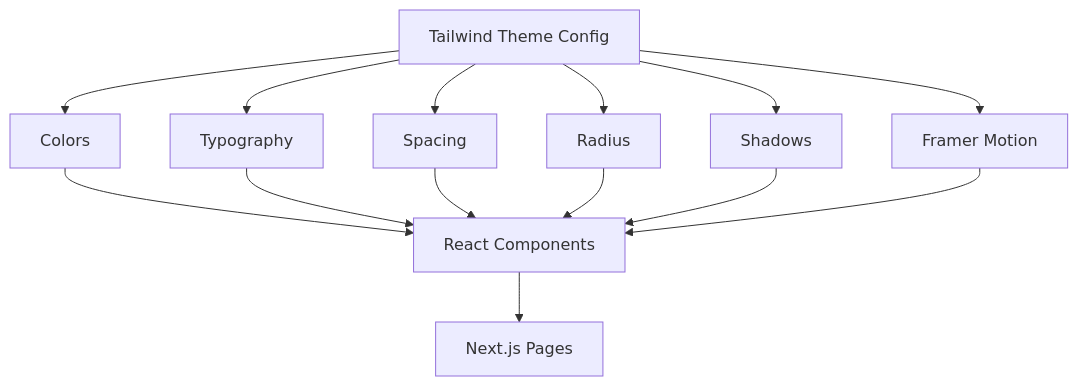
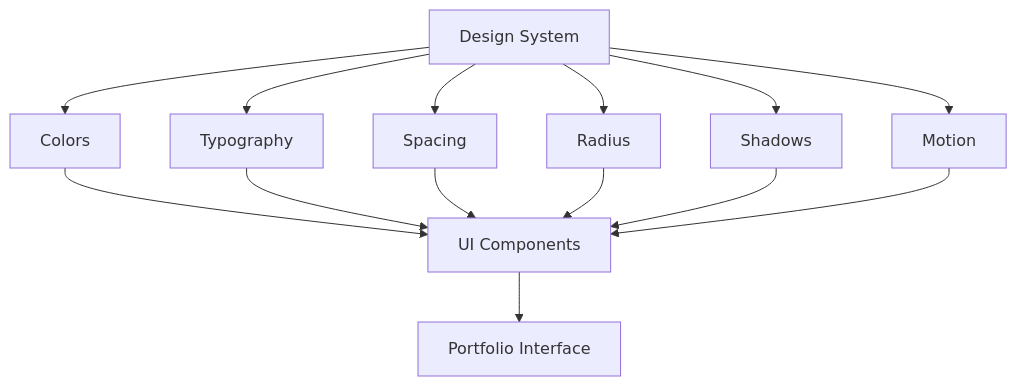
Before and after one commit to RishvinReddy/rishvin-reddy-portfolio: the fifth of 9 diagrams in README.md, drawn with Mermaid. The commit also changed other lines of this file and 2 other files, not shown here.

````diff
--- a/README.md
+++ b/README.md
@@ -443,19 +472,21 @@
 ```mermaid
 flowchart TD
-    DS[Tailwind Theme Config]
+
+    DS[Design System]
+
     DS --> C[Colors]
     DS --> T[Typography]
     DS --> S[Spacing]
     DS --> R[Radius]
     DS --> SH[Shadows]
-    DS --> M[Framer Motion]
-    
-    C --> UI[React Components]
+    DS --> M[Motion]
+
+    C --> UI[UI Components]
     T --> UI
     S --> UI
     R --> UI
     SH --> UI
     M --> UI
-    
-    UI --> PAGES[Next.js Pages]
+
+    UI --> PAGES[Portfolio Interface]
 ```
````
